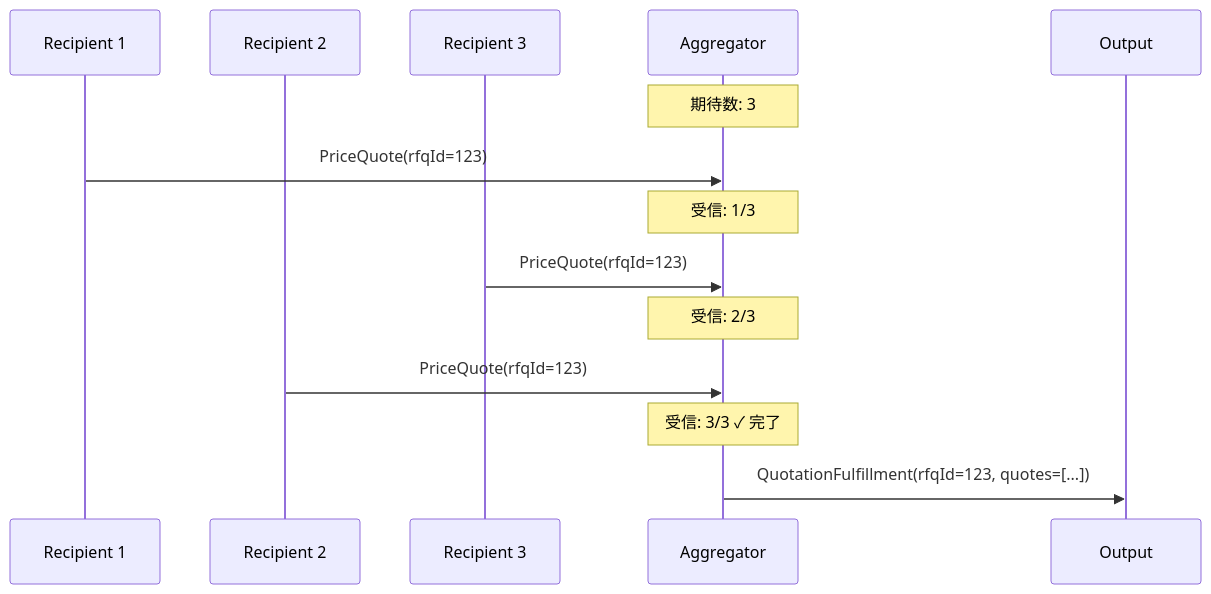
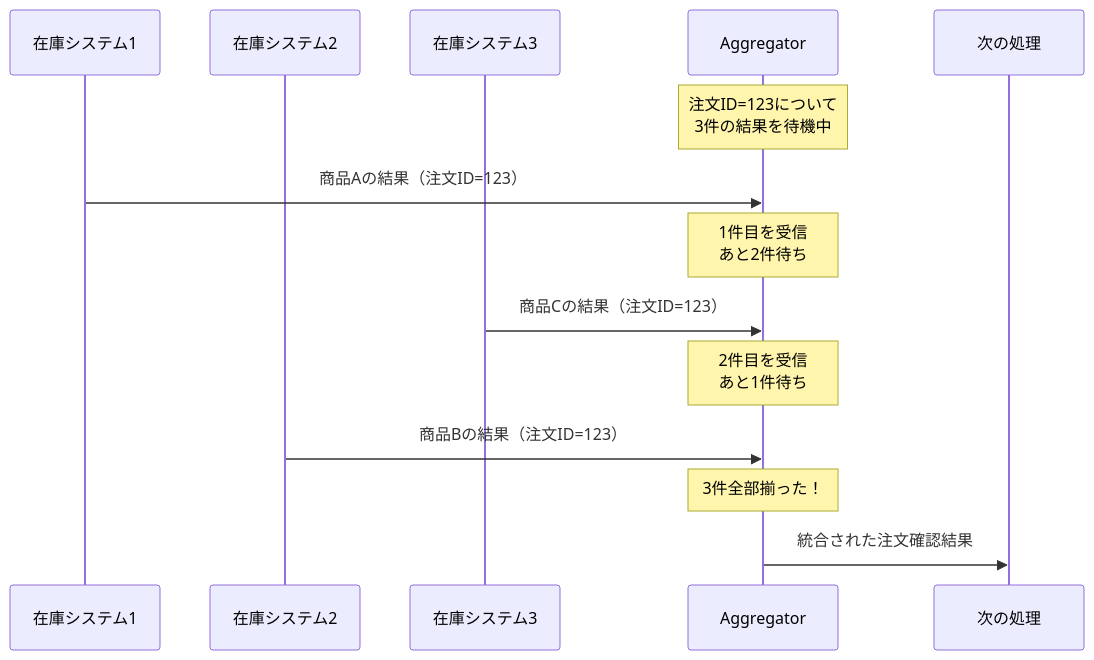
One commit to tomoikey/quartz changed the third of 4 diagrams in content/programming/reactive_messaging_pattern/simple-routers/aggregator.md. Above: the diagram before and after it, drawn with Mermaid. The commit also changed other lines of this file and 18 other files, not shown here.

````diff
--- a/content/programming/reactive_messaging_pattern/simple-routers/aggregator.md
+++ b/content/programming/reactive_messaging_pattern/simple-routers/aggregator.md
@@ -55,17 +94,17 @@
 ```mermaid
 sequenceDiagram
-    participant R1 as Recipient 1
-    participant R2 as Recipient 2
-    participant R3 as Recipient 3
+    participant R1 as 在庫システム1
+    participant R2 as 在庫システム2
+    participant R3 as 在庫システム3
     participant AG as Aggregator
-    participant OUT as Output
+    participant OUT as 次の処理
 
-    Note over AG: 期待数: 3
-    R1->>AG: PriceQuote(rfqId=123)
-    Note over AG: 受信: 1/3
-    R3->>AG: PriceQuote(rfqId=123)
-    Note over AG: 受信: 2/3
-    R2->>AG: PriceQuote(rfqId=123)
-    Note over AG: 受信: 3/3 ✓ 完了
-    AG->>OUT: QuotationFulfillment(rfqId=123, quotes=[...])
+    Note over AG: 注文ID=123について<br/>3件の結果を待機中
+    R1->>AG: 商品Aの結果（注文ID=123）
+    Note over AG: 1件目を受信<br/>あと2件待ち
+    R3->>AG: 商品Cの結果（注文ID=123）
+    Note over AG: 2件目を受信<br/>あと1件待ち
+    R2->>AG: 商品Bの結果（注文ID=123）
+    Note over AG: 3件全部揃った！
+    AG->>OUT: 統合された注文確認結果
 ```
````
